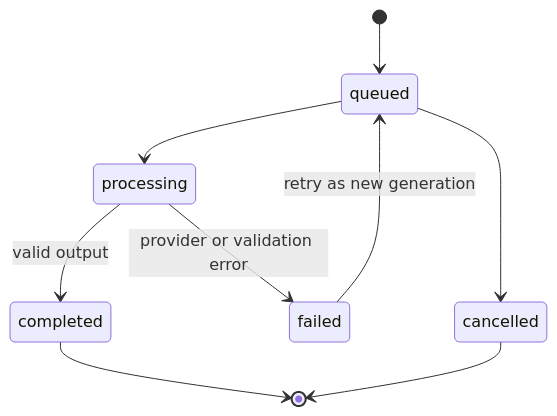
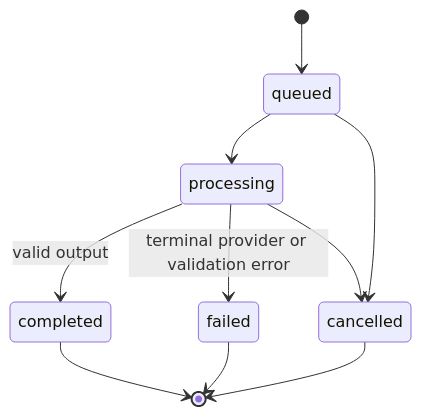
The second of 5 diagrams in docs/architecture/FLOW.md (1aghismuhammad/Quiestion-Bank-), drawn with Mermaid before and after one commit. The commit also changed other lines of this file and 40 other files, not shown here.

````diff
--- a/docs/architecture/FLOW.md
+++ b/docs/architecture/FLOW.md
@@ -100,11 +102,12 @@
 ```mermaid
 stateDiagram-v2
     [*] --> queued
     queued --> processing
     processing --> completed: valid output
-    processing --> failed: provider or validation error
+    processing --> failed: terminal provider or validation error
     queued --> cancelled
-    failed --> queued: retry as new generation
+    processing --> cancelled
     completed --> [*]
+    failed --> [*]
     cancelled --> [*]
 ```
````
